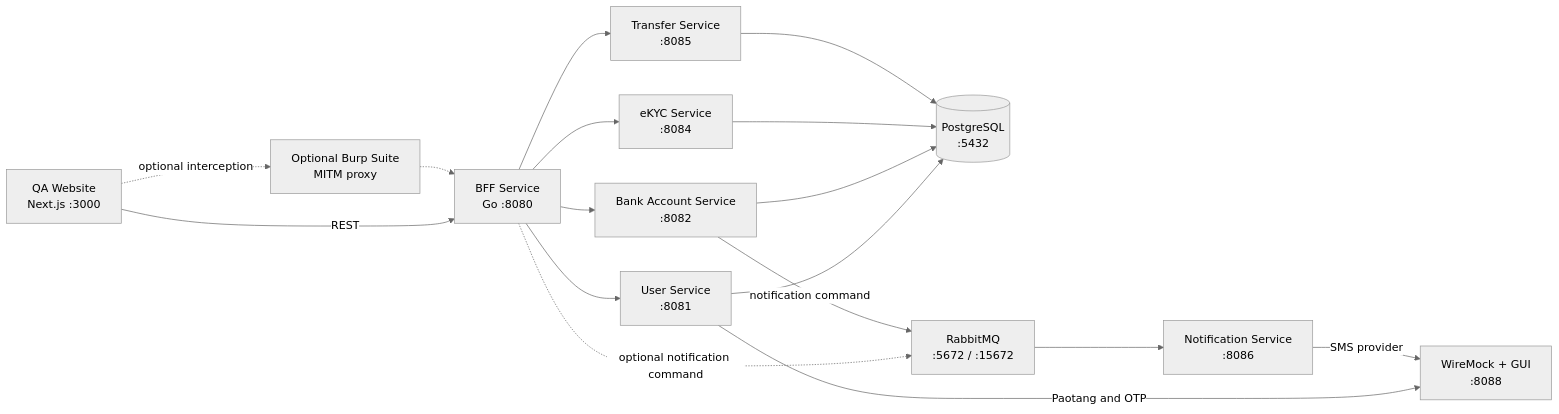
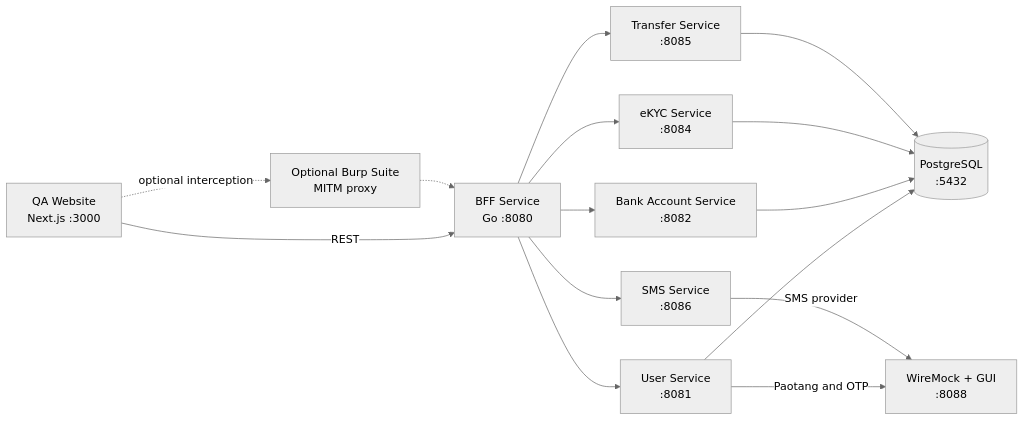
The diagram in SYSTEM-ARCHITECTURE.md (SiwakornSitti/ultra-smoooooth-testing), drawn with Mermaid (neutral theme) before and after one commit. The commit also changed other lines of this file and 31 other files, not shown here.

Commit message:
refactor: replace RabbitMQ notifications with direct SMS

````diff
--- a/SYSTEM-ARCHITECTURE.md
+++ b/SYSTEM-ARCHITECTURE.md
@@ -12,35 +12,32 @@
 ```mermaid
 flowchart LR
     Browser[QA Website\nNext.js :3000]
     Burp[Optional Burp Suite\nMITM proxy]
     BFF[BFF Service\nGo :8080]
 
     User[User Service\n:8081]
     Account[Bank Account Service\n:8082]
     EKYC[eKYC Service\n:8084]
     Transfer[Transfer Service\n:8085]
-    Notify[Notification Service\n:8086]
+    SMS[SMS Service\n:8086]
 
     DB[(PostgreSQL\n:5432)]
-    MQ[RabbitMQ\n:5672 / :15672]
     Mock[WireMock + GUI\n:8088]
 
     Browser -->|REST| BFF
     Browser -.->|optional interception| Burp
     Burp -.-> BFF
 
     BFF --> User
     BFF --> Account
     BFF --> EKYC
     BFF --> Transfer
-    BFF -.->|optional notification command| MQ
+    BFF --> SMS
 
     User --> DB
     Account --> DB
     EKYC --> DB
     Transfer --> DB
     User -->|Paotang and OTP| Mock
-    Account -->|notification command| MQ
-    MQ --> Notify
-    Notify -->|SMS provider| Mock
+    SMS -->|SMS provider| Mock
 ```
````
